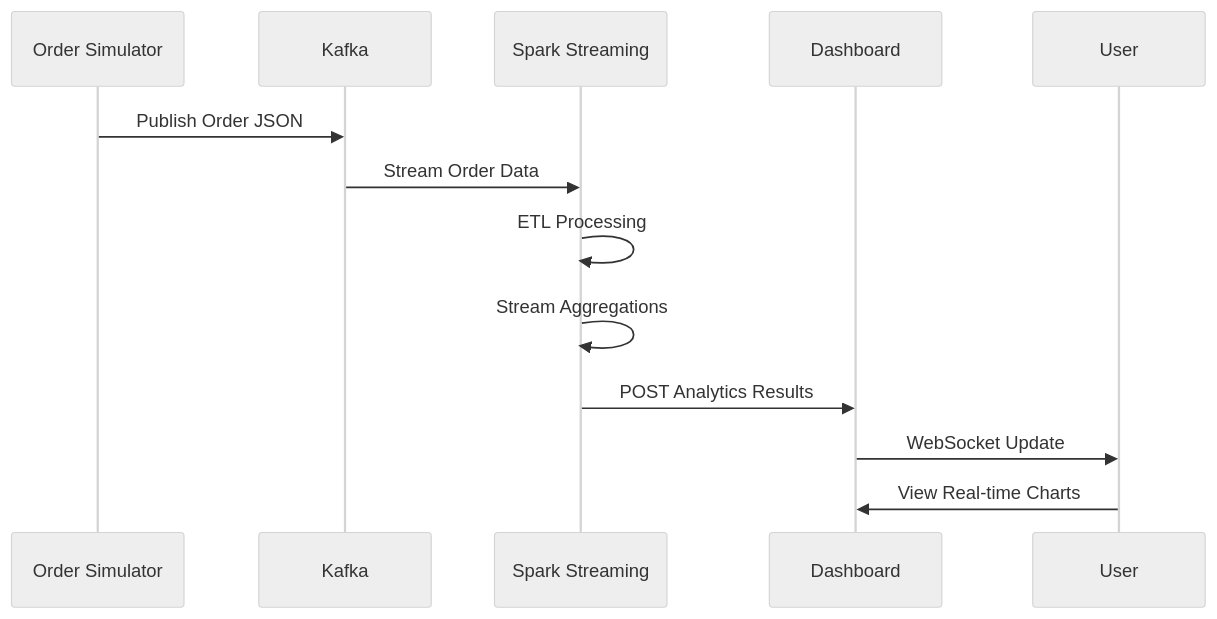
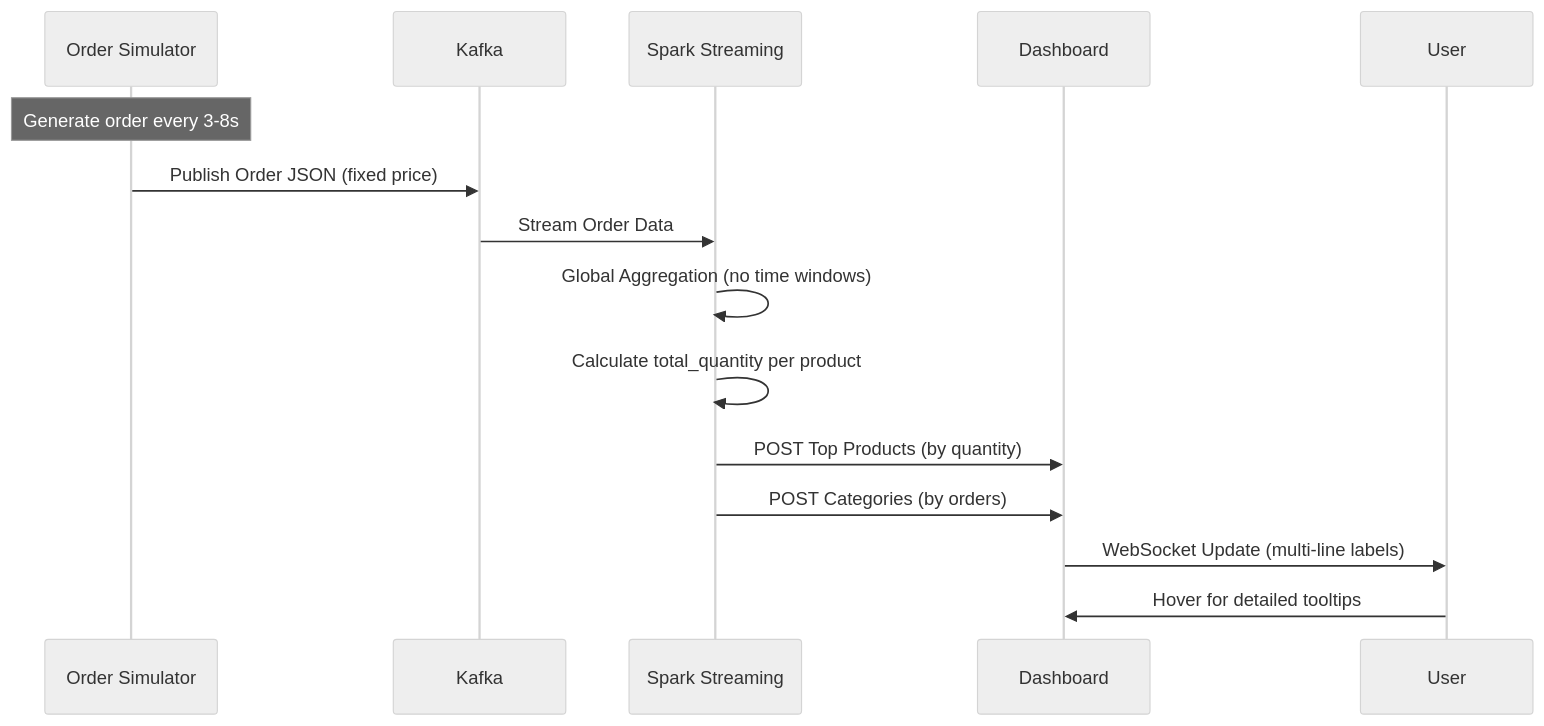
Before and after one commit to NatanTulo/ASEED: the second of 2 diagrams in TECHNICAL_DOCS.md, drawn with Mermaid (neutral theme). The commit also changed other lines of this file and 1 other file, not shown here.

Commit message:
Enhance README and Technical Documentation with detailed product pricing, realistic order simulation, and improved analytics features

````diff
--- a/TECHNICAL_DOCS.md
+++ b/TECHNICAL_DOCS.md
@@ -94,16 +137,18 @@
 ```mermaid
 sequenceDiagram
     participant OS as Order Simulator
     participant K as Kafka
     participant S as Spark Streaming
     participant D as Dashboard
     participant U as User
 
-    OS->>K: Publish Order JSON
+    Note over OS: Generate order every 3-8s
+    OS->>K: Publish Order JSON (fixed price)
     K->>S: Stream Order Data
-    S->>S: ETL Processing
-    S->>S: Stream Aggregations
-    S->>D: POST Analytics Results
-    D->>U: WebSocket Update
-    U->>D: View Real-time Charts
+    S->>S: Global Aggregation (no time windows)
+    S->>S: Calculate total_quantity per product
+    S->>D: POST Top Products (by quantity)
+    S->>D: POST Categories (by orders)
+    D->>U: WebSocket Update (multi-line labels)
+    U->>D: Hover for detailed tooltips
 ```
````
